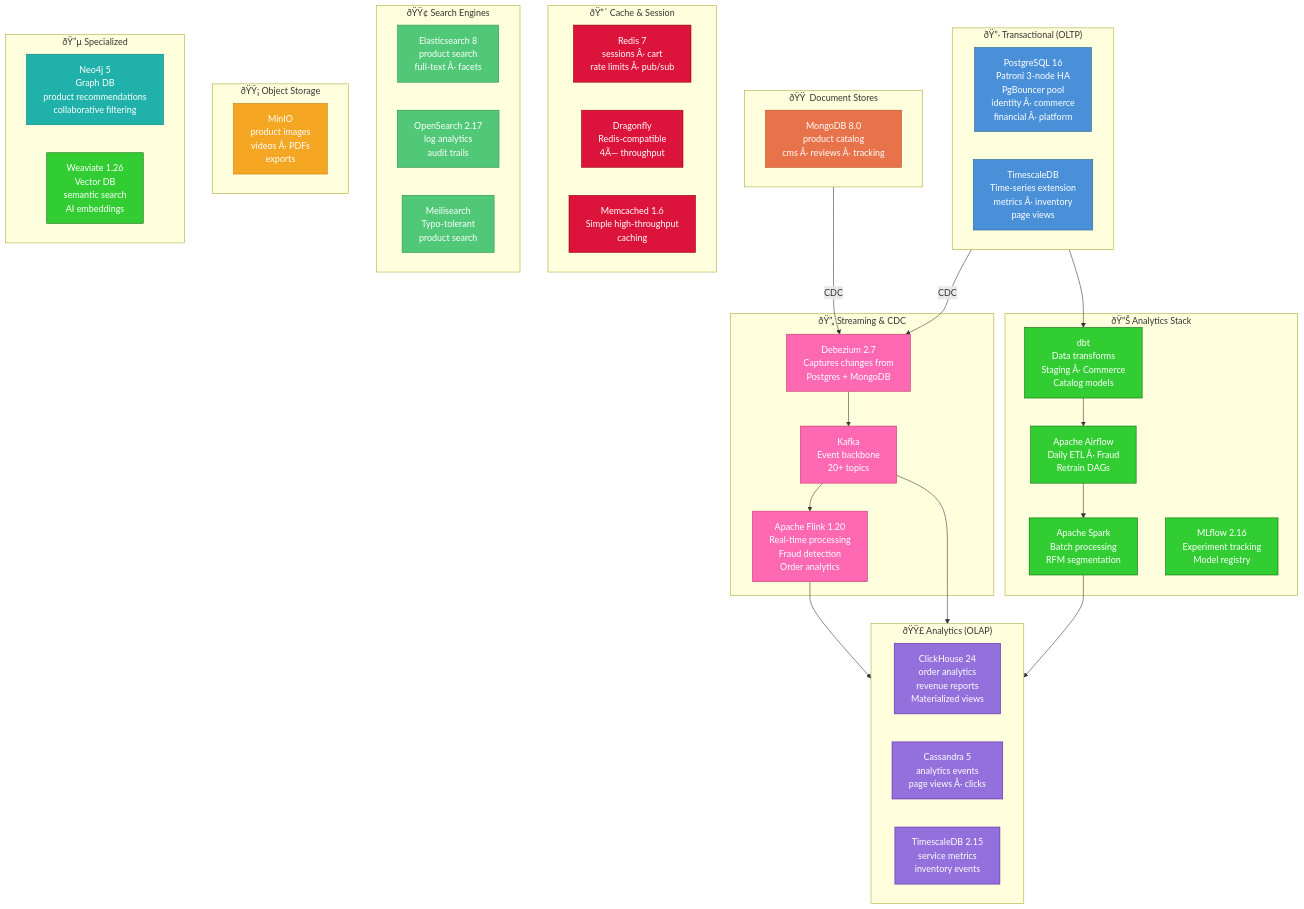
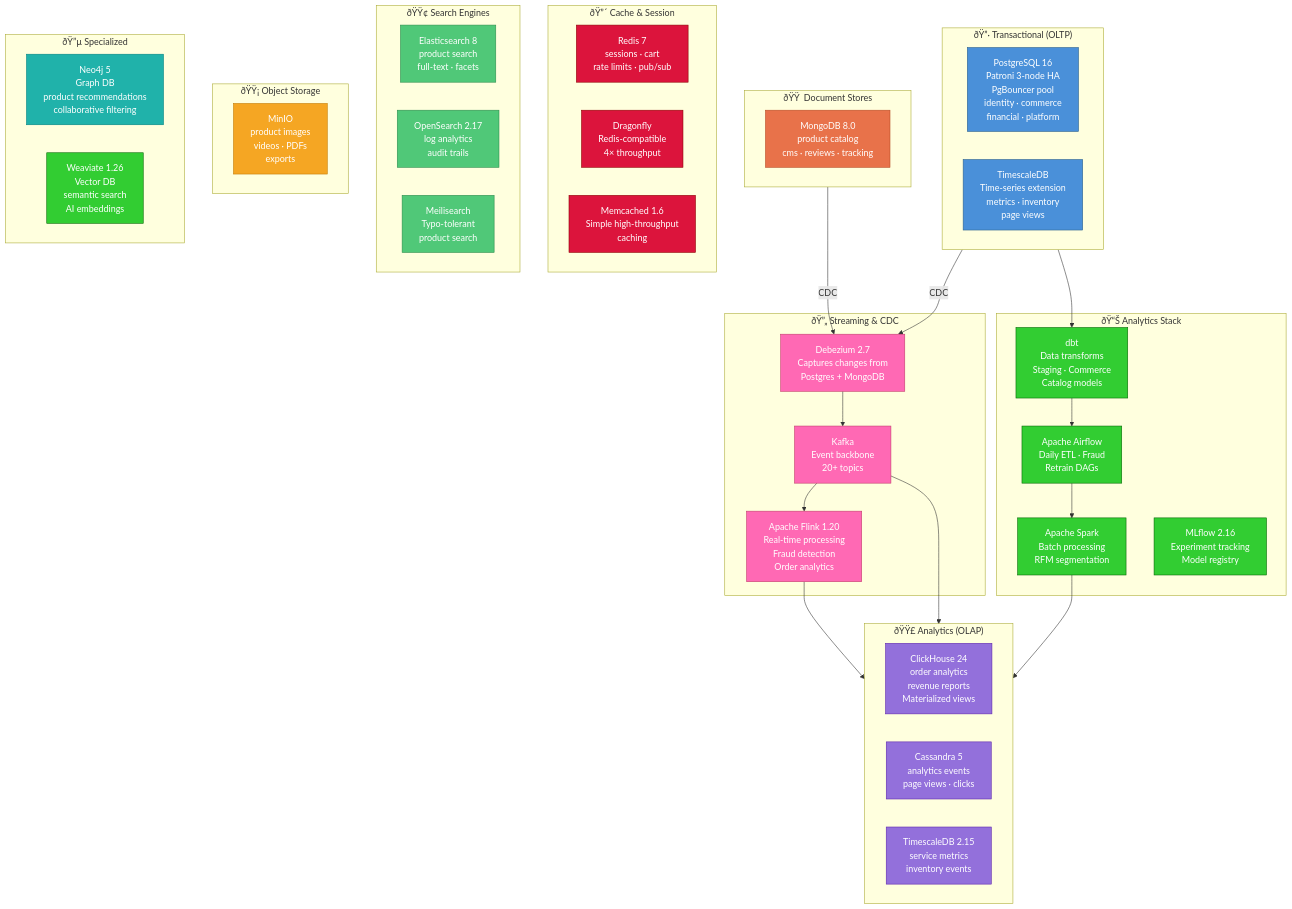
One commit to prabhat-roy/ShopOS changed the fifth of 6 diagrams in docs/architecture/architecture-diagram.md. Above: the diagram before and after it, drawn with Mermaid. The commit also changed other lines of this file and 2221 other files, not shown here.

````diff
--- a/docs/architecture/architecture-diagram.md
+++ b/docs/architecture/architecture-diagram.md
@@ -416,72 +416,72 @@
 ```mermaid
 graph TB
     classDef oltp   fill:#4A90D9,stroke:#2C5F8A,color:#fff
     classDef doc    fill:#E8724A,stroke:#B54A22,color:#fff
     classDef cache  fill:#DC143C,stroke:#8B0000,color:#fff
     classDef search fill:#50C878,stroke:#2A8A4A,color:#fff
     classDef olap   fill:#9370DB,stroke:#5B20AB,color:#fff
     classDef obj    fill:#F5A623,stroke:#C07800,color:#fff
     classDef graphdb  fill:#20B2AA,stroke:#008080,color:#fff
     classDef stream fill:#FF69B4,stroke:#C0396A,color:#fff
     classDef ml     fill:#32CD32,stroke:#006400,color:#fff
 
     subgraph OLTP["ðŸ”·  Transactional (OLTP)"]
-        PG["PostgreSQL 16\nPatroni 3-node HA\nPgBouncer pool\nidentity Â· commerce\nfinancial Â· platform"]:::oltp
-        TS["TimescaleDB\nTime-series extension\nmetrics Â· inventory\npage views"]:::oltp
+        PG["PostgreSQL 16\nPatroni 3-node HA\nPgBouncer pool\nidentity · commerce\nfinancial · platform"]:::oltp
+        TS["TimescaleDB\nTime-series extension\nmetrics · inventory\npage views"]:::oltp
     end
 
     subgraph DOC["ðŸŸ   Document Stores"]
-        MONGO["MongoDB 8.0\nproduct catalog\ncms Â· reviews Â· tracking"]:::doc
+        MONGO["MongoDB 8.0\nproduct catalog\ncms · reviews · tracking"]:::doc
     end
 
     subgraph CACHE["ðŸ”´  Cache & Session"]
-        REDIS["Redis 7\nsessions Â· cart\nrate limits Â· pub/sub"]:::cache
-        DRAG["Dragonfly\nRedis-compatible\n4Ã— throughput"]:::cache
+        REDIS["Redis 7\nsessions · cart\nrate limits · pub/sub"]:::cache
+        DRAG["Dragonfly\nRedis-compatible\n4× throughput"]:::cache
         MEM["Memcached 1.6\nSimple high-throughput\ncaching"]:::cache
     end
 
     subgraph SEARCH["ðŸŸ¢  Search Engines"]
-        ES["Elasticsearch 8\nproduct search\nfull-text Â· facets"]:::search
+        ES["Elasticsearch 8\nproduct search\nfull-text · facets"]:::search
         OS["OpenSearch 2.17\nlog analytics\naudit trails"]:::search
         MEILI["Meilisearch\nTypo-tolerant\nproduct search"]:::search
     end
 
     subgraph OLAP["ðŸŸ£  Analytics (OLAP)"]
         CH["ClickHouse 24\norder analytics\nrevenue reports\nMaterialized views"]:::olap
-        CASS["Cassandra 5\nanalytics events\npage views Â· clicks"]:::olap
+        CASS["Cassandra 5\nanalytics events\npage views · clicks"]:::olap
         TSDB["TimescaleDB 2.15\nservice metrics\ninventory events"]:::olap
     end
 
     subgraph OBJ["ðŸŸ¡  Object Storage"]
-        MINIO["MinIO\nproduct images\nvideos Â· PDFs\nexports"]:::obj
+        MINIO["MinIO\nproduct images\nvideos · PDFs\nexports"]:::obj
     end
 
     subgraph GRAPH["ðŸ”µ  Specialized"]
         NEO["Neo4j 5\nGraph DB\nproduct recommendations\ncollaborative filtering"]:::graphdb
         WEAV["Weaviate 1.26\nVector DB\nsemantic search\nAI embeddings"]:::ml
     end
 
     subgraph STREAM["ðŸ”„  Streaming & CDC"]
         DBZ["Debezium 2.7\nCaptures changes from\nPostgres + MongoDB"]:::stream
         FLINK["Apache Flink 1.20\nReal-time processing\nFraud detection\nOrder analytics"]:::stream
         KAFKA["Kafka\nEvent backbone\n20+ topics"]:::stream
     end
 
     subgraph ANALYTICS["ðŸ“Š  Analytics Stack"]
-        DBT["dbt\nData transforms\nStaging Â· Commerce\nCatalog models"]:::ml
-        AIRFLOW["Apache Airflow\nDaily ETL Â· Fraud\nRetrain DAGs"]:::ml
+        DBT["dbt\nData transforms\nStaging · Commerce\nCatalog models"]:::ml
+        AIRFLOW["Apache Airflow\nDaily ETL · Fraud\nRetrain DAGs"]:::ml
         SPARK["Apache Spark\nBatch processing\nRFM segmentation"]:::ml
         MLFLOW["MLflow 2.16\nExperiment tracking\nModel registry"]:::ml
     end
 
     OLTP  -->|"CDC"| DBZ
     DOC   -->|"CDC"| DBZ
     DBZ   --> KAFKA
     KAFKA --> FLINK
     KAFKA --> OLAP
     FLINK --> OLAP
     OLTP  --> DBT
     DBT   --> AIRFLOW
     AIRFLOW --> SPARK
     SPARK --> OLAP
 ```
````
